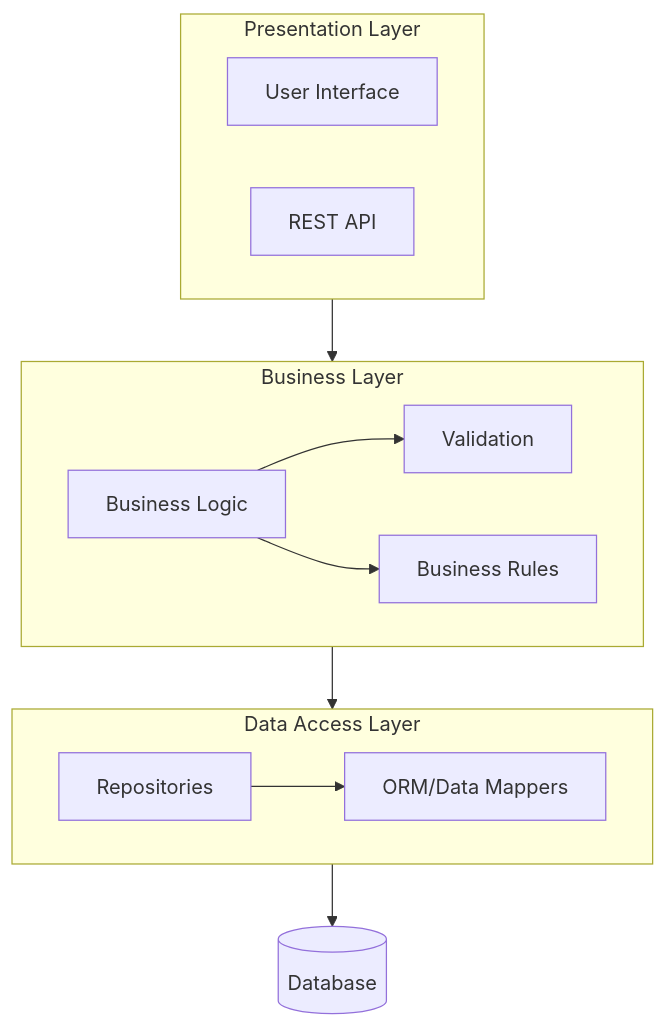
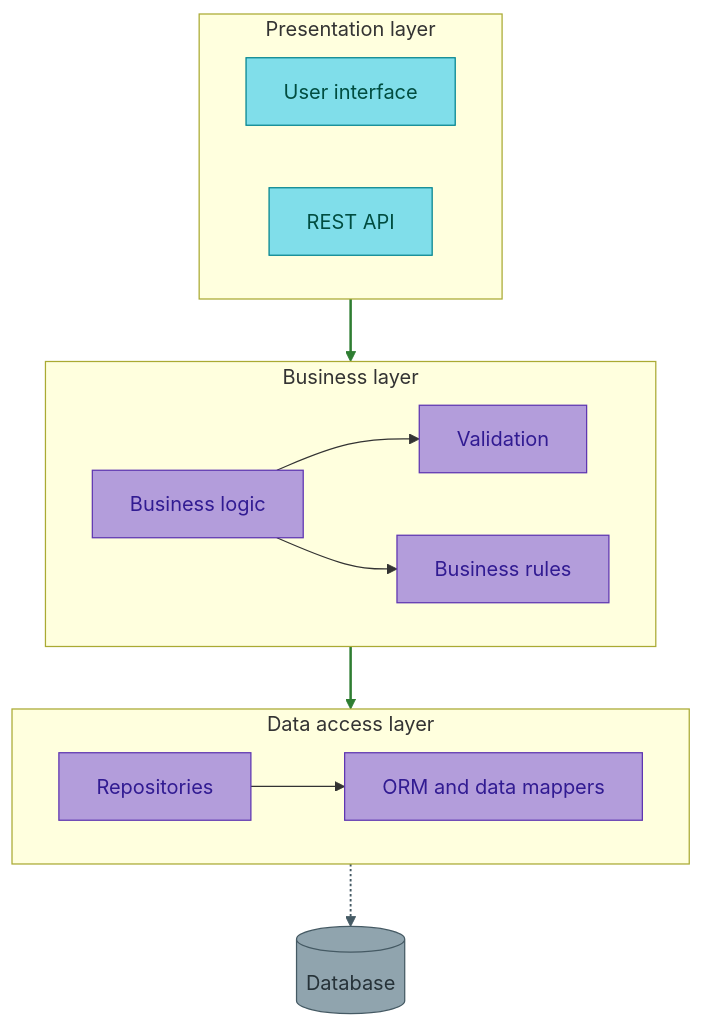
The tenth of 19 diagrams in mastery-of-mermaid/references/common-patterns.md (flatrick/agent-skills), drawn with Mermaid before and after one commit. The commit also changed other lines of this file and 10 other files, not shown here.

````diff
--- a/mastery-of-mermaid/references/common-patterns.md
+++ b/mastery-of-mermaid/references/common-patterns.md
@@ -253,28 +320,42 @@
 ```mermaid
 flowchart TD
-    subgraph Presentation_Layer[Presentation Layer]
-        UI[User Interface]
-        API[REST API]
-    end
+  accTitle: Layered architecture from presentation down to the database
+  accDescr: The presentation layer holds the user interface and REST API. It calls the business layer of logic, validation and rules, which calls the data access layer of repositories and mappers, which reads and writes the database.
 
-    subgraph Business_Layer[Business Layer]
-        BL[Business Logic]
-        Validation[Validation]
-        Rules[Business Rules]
-    end
+  classDef client fill:#80deea,stroke:#00838f,color:#004d40
+  classDef service fill:#b39ddb,stroke:#5e35b1,color:#311b92
+  classDef external fill:#90a4ae,stroke:#455a64,color:#263238
+  classDef edgeConsume stroke:#2e7d32,stroke-width:2px
+  classDef edgeExternal stroke:#455a64,stroke-width:1.5px
 
-    subgraph Data_Access_Layer[Data Access Layer]
-        Repo[Repositories]
-        ORM[ORM/Data Mappers]
-    end
+  subgraph Presentation_Layer [Presentation layer]
+    UI[User interface]:::client
+    API[REST API]:::client
+  end
 
-    DB[(Database)]
+  subgraph Business_Layer [Business layer]
+    BL[Business logic]:::service
+    Validation[Validation]:::service
+    Rules[Business rules]:::service
+  end
 
-    BL --> Validation
-    BL --> Rules
-    Repo --> ORM
+  subgraph Data_Access_Layer [Data access layer]
+    Repo[Repositories]:::service
+    ORM[ORM and data mappers]:::service
+  end
 
-    Presentation_Layer --> Business_Layer
-    Business_Layer --> Data_Access_Layer
-    Data_Access_Layer --> DB
+  DB[(Database)]:::external
+
+  BL --> Validation
+  BL --> Rules
+  Repo --> ORM
+
+  Presentation_Layer e1@--> Business_Layer
+  Business_Layer e2@--> Data_Access_Layer
+  Data_Access_Layer e3@-.-> DB
+
+  class e1,e2 edgeConsume
+  class e3 edgeExternal
+
+  %% Legend: green solid = call into the next layer down; gray dotted = database access.
 ```
````
